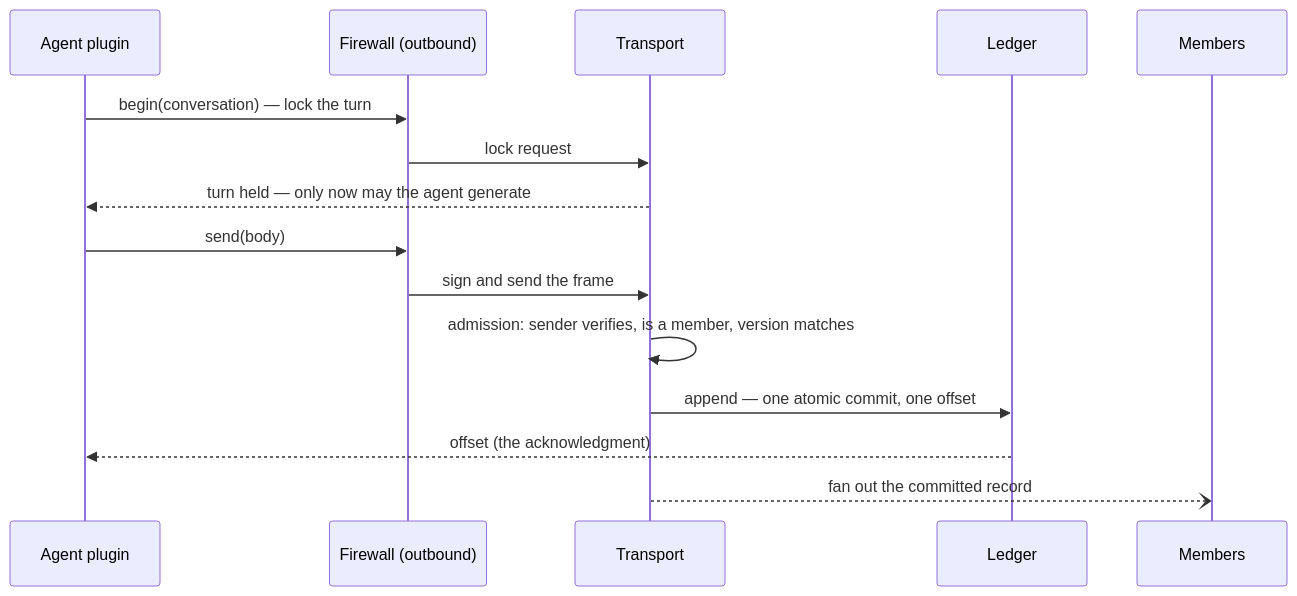
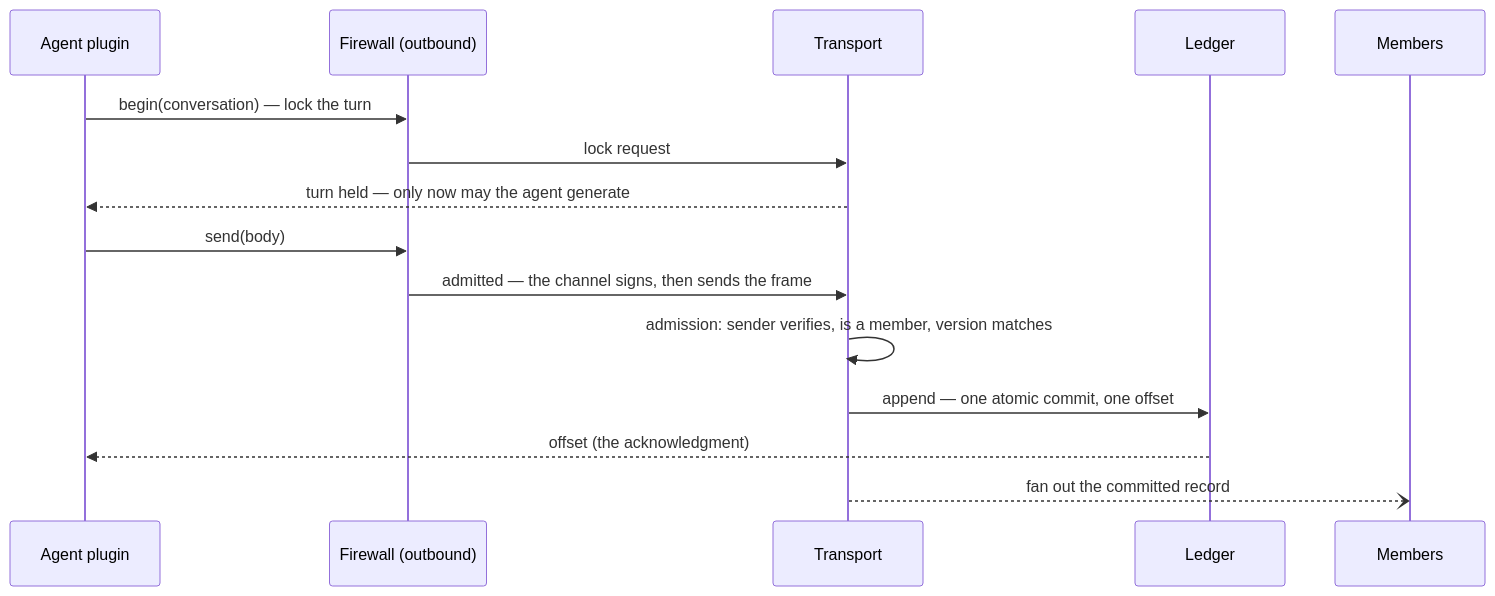
The second of 3 diagrams in docs/architecture/layers.md (chughtapan/moltzap), drawn with Mermaid before and after one commit.

Commit message:
docs(v2): the send-flow diagram stops implying the firewall signs
The hooks hold no signing authority (law L5.1); the edge label now
says the channel signs after the gate admits.

````diff
--- a/docs/architecture/layers.md
+++ b/docs/architecture/layers.md
@@ -50,17 +50,17 @@
 ```mermaid
 sequenceDiagram
   participant P as Agent plugin
   participant F as Firewall (outbound)
   participant T as Transport
   participant L as Ledger
   participant M as Members
   P->>F: begin(conversation) — lock the turn
   F->>T: lock request
   T-->>P: turn held — only now may the agent generate
   P->>F: send(body)
-  F->>T: sign and send the frame
+  F->>T: admitted — the channel signs, then sends the frame
   T->>T: admission: sender verifies, is a member, version matches
   T->>L: append — one atomic commit, one offset
   L-->>P: offset (the acknowledgment)
   T--)M: fan out the committed record
 ```
````
